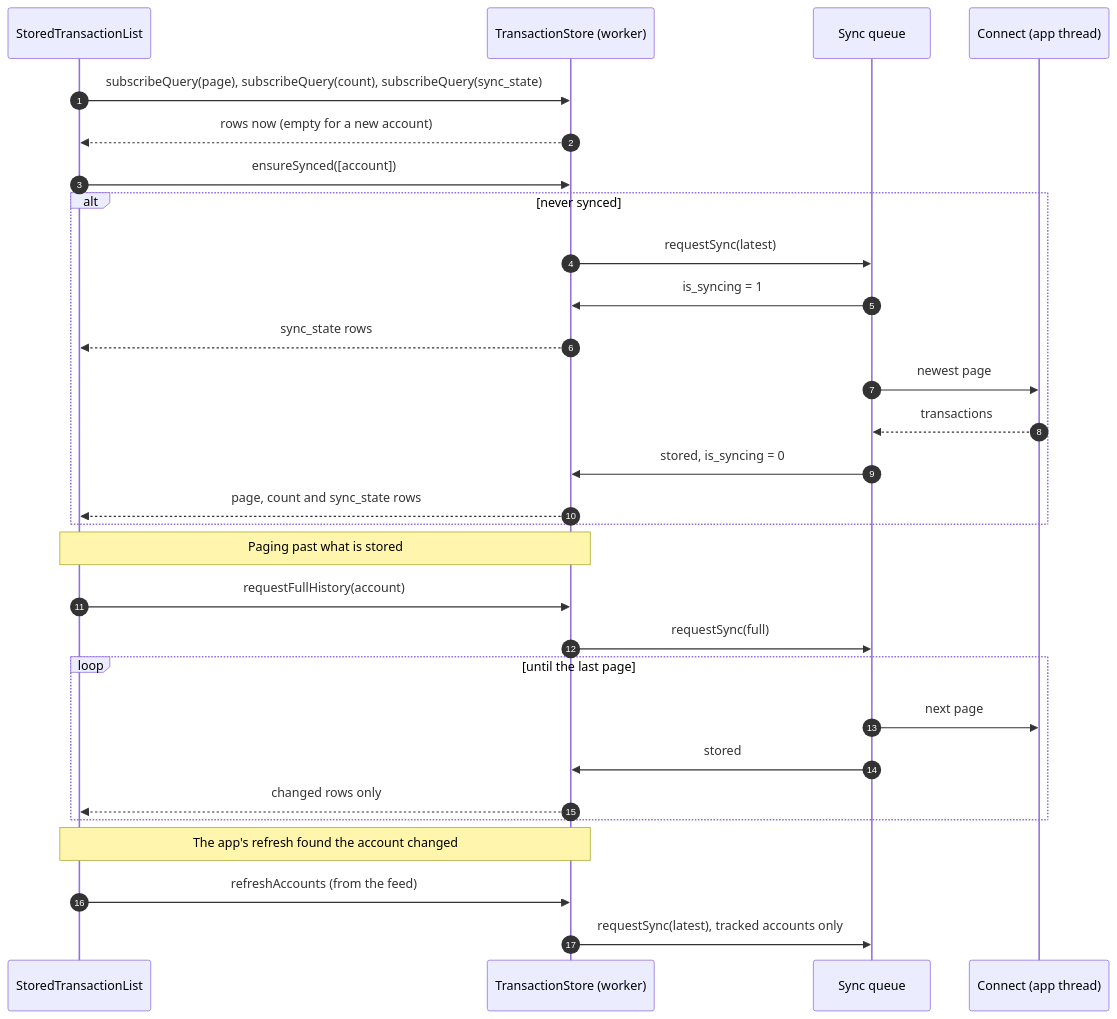
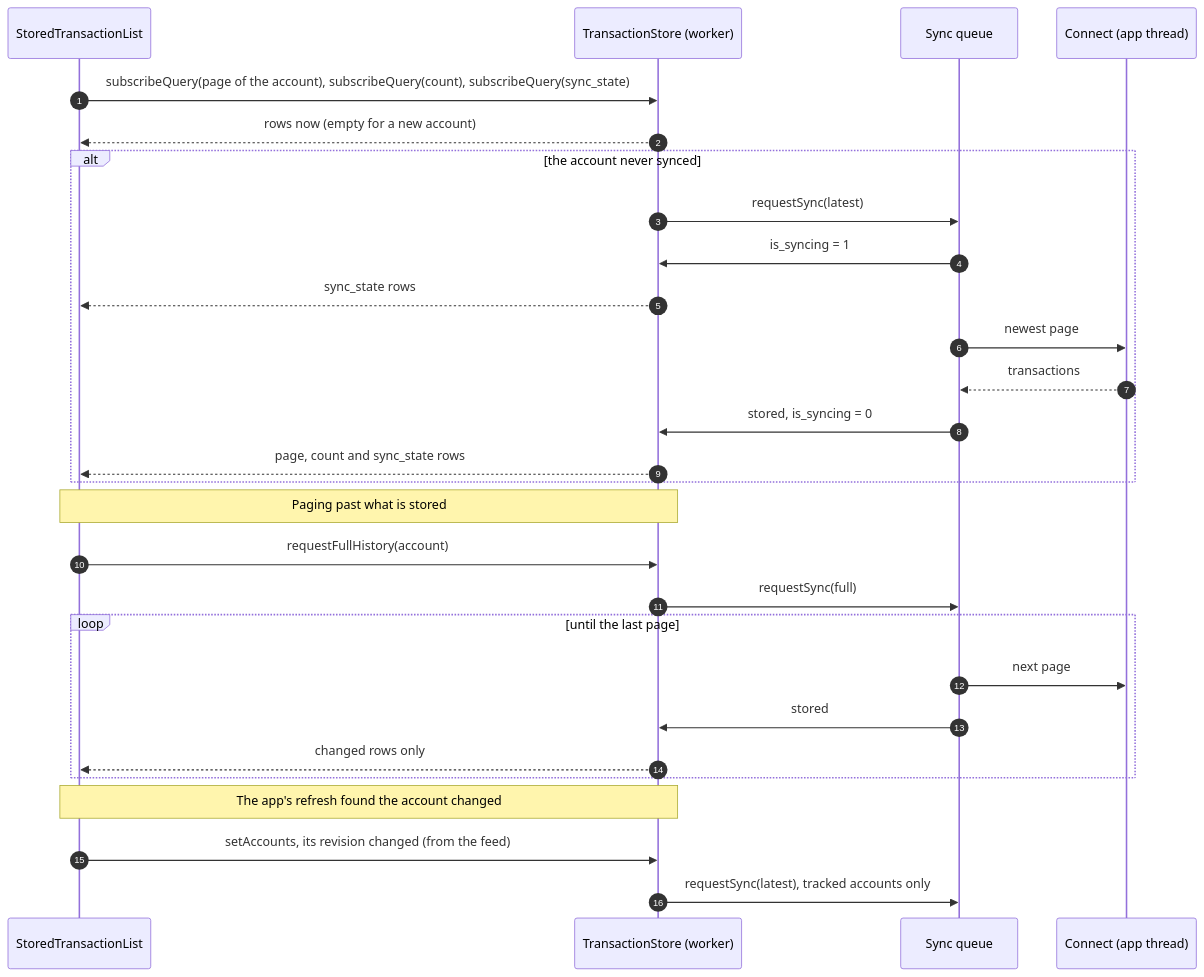
Before and after one commit to trezor/trezor-suite: the second of 3 diagrams in suite-common/transaction-store/README.md, drawn with Mermaid. The commit also changed other lines of this file and 20 other files, not shown here.

First line of the commit message:
refactor(transaction-store): mimic Evolu's query API and shrink the commands

````diff
--- a/suite-common/transaction-store/README.md
+++ b/suite-common/transaction-store/README.md
@@ -111,34 +111,33 @@
 ```mermaid
 sequenceDiagram
     autonumber
     participant UI as StoredTransactionList
     participant Store as TransactionStore (worker)
     participant Queue as Sync queue
     participant Backend as Connect (app thread)
 
-    UI->>Store: subscribeQuery(page), subscribeQuery(count), subscribeQuery(sync_state)
+    UI->>Store: subscribeQuery(page of the account), subscribeQuery(count), subscribeQuery(sync_state)
     Store-->>UI: rows now (empty for a new account)
-    UI->>Store: ensureSynced([account])
-    alt never synced
+    alt the account never synced
         Store->>Queue: requestSync(latest)
         Queue->>Store: is_syncing = 1
         Store-->>UI: sync_state rows
         Queue->>Backend: newest page
         Backend-->>Queue: transactions
         Queue->>Store: stored, is_syncing = 0
         Store-->>UI: page, count and sync_state rows
     end
 
     Note over UI,Store: Paging past what is stored
     UI->>Store: requestFullHistory(account)
     Store->>Queue: requestSync(full)
     loop until the last page
         Queue->>Backend: next page
         Queue->>Store: stored
         Store-->>UI: changed rows only
     end
 
     Note over UI,Store: The app's refresh found the account changed
-    UI->>Store: refreshAccounts (from the feed)
+    UI->>Store: setAccounts, its revision changed (from the feed)
     Store->>Queue: requestSync(latest), tracked accounts only
 ```
````
